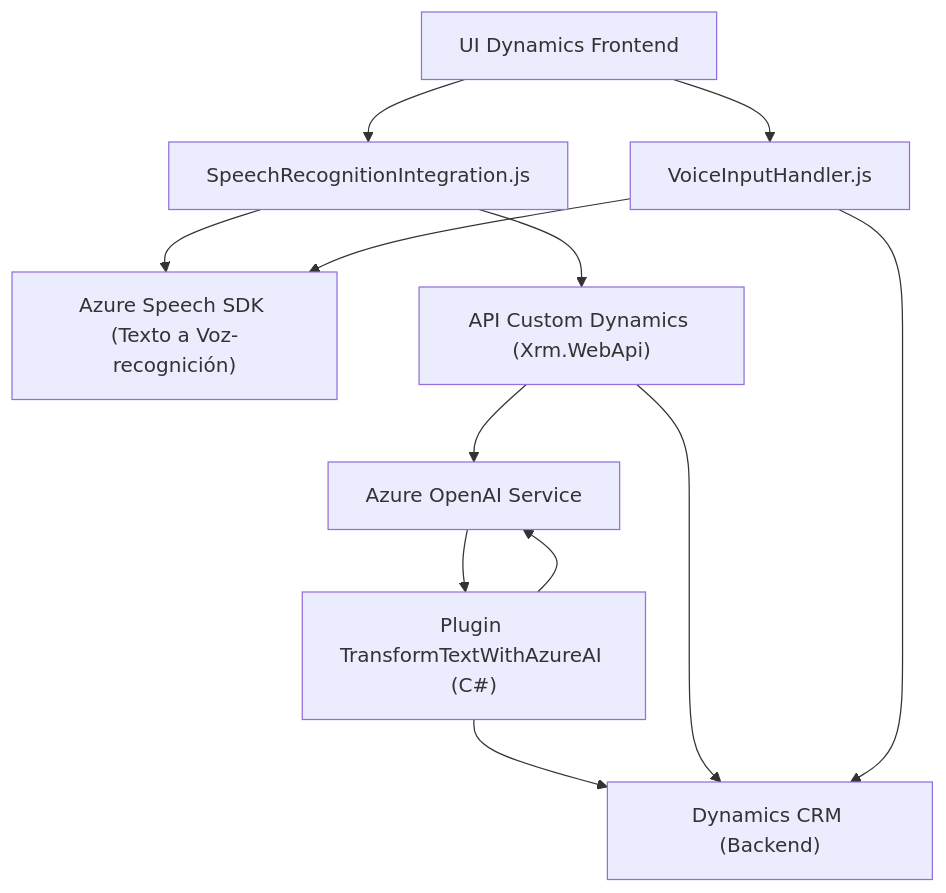
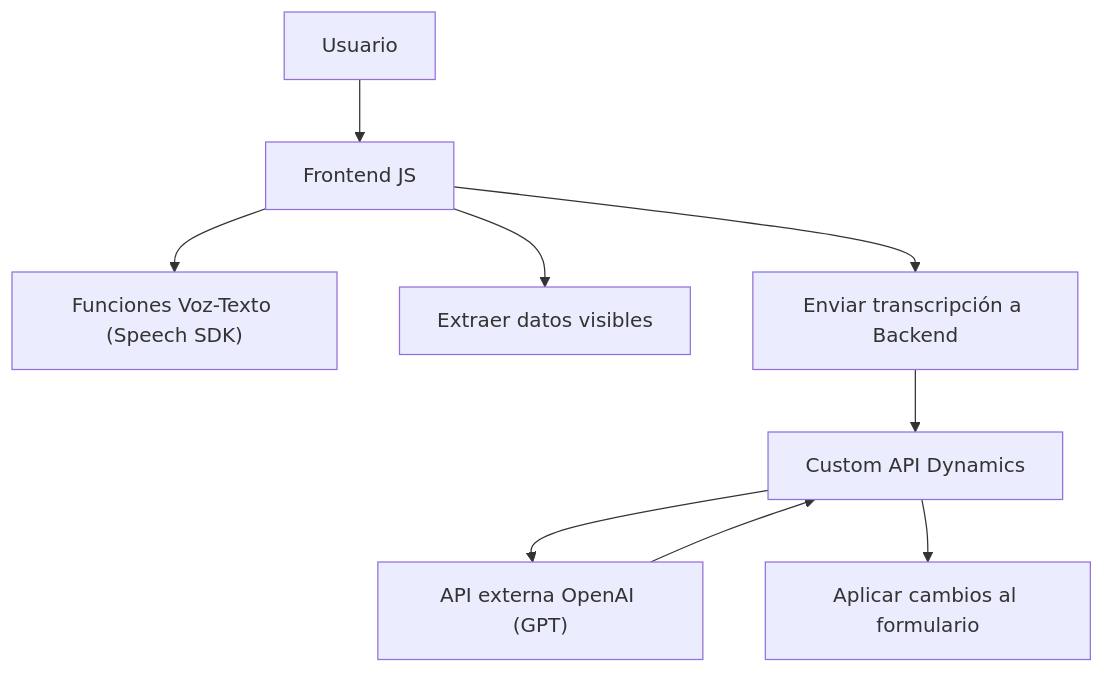
The diagram in README.md (blopezdm/NETCORE_BILBAO2025), drawn with Mermaid before and after one commit. The commit also changed other lines of this file, not shown here.

````diff
--- a/README.md
+++ b/README.md
@@ -32,14 +50,11 @@
 ```mermaid
 graph TD
-  A["UI Dynamics Frontend"] --> B["SpeechRecognitionIntegration.js"]
-  A --> C["VoiceInputHandler.js"]
-  B --> D["Azure Speech SDK (Texto a Voz-recognición)"]
-  C --> D
-  B --> E["API Custom Dynamics (Xrm.WebApi)"]
-  E --> F["Azure OpenAI Service"]
-  G["Plugin TransformTextWithAzureAI (C#)"] --> F
-  F --> G
-  G --> H["Dynamics CRM (Backend)"]
-  E --> H
-  C --> H
+    A["Usuario"] --> B["Frontend JS"]
+    B --> C["Funciones Voz-Texto (Speech SDK)"]
+    B --> D["Extraer datos visibles"]
+    B --> E["Enviar transcripción a Backend"]
+    E --> F["Custom API Dynamics"]
+    F --> G["API externa OpenAI (GPT)"]
+    F --> H["Aplicar cambios al formulario"]
+    G --> F
 ```
````
